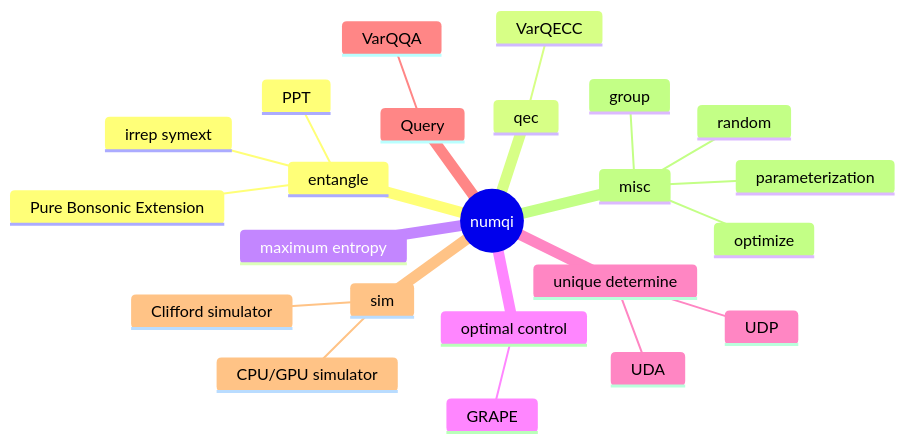
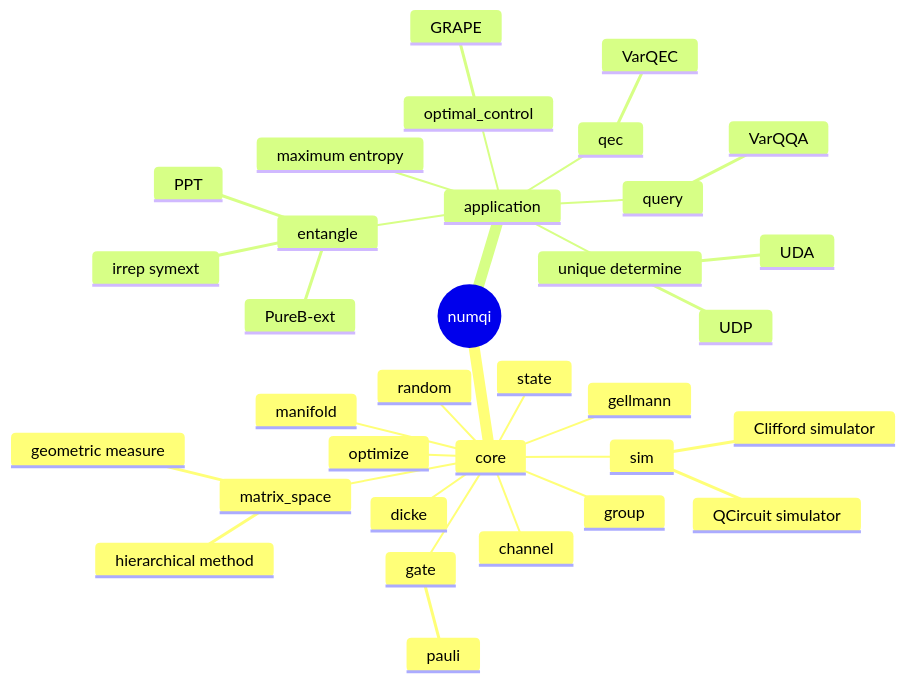
The first of 2 diagrams in README.md (numqi/numqi), drawn with Mermaid before and after one commit. The commit also changed other lines of this file and 1 other file, not shown here.

Commit message:
docs/ ignore

````diff
--- a/README.md
+++ b/README.md
@@ -78,26 +78,36 @@
 ```mermaid
 mindmap
    root((numqi))
-      entangle
-         Pure Bonsonic Extension
-         irrep symext
-         PPT
-      qec
-         VarQECC
-      maximum entropy
-      optimal control
-         GRAPE
-      unique determine
-         UDA
-         UDP
-      Query
-         VarQQA
-      sim
-         CPU/GPU simulator
-         Clifford simulator
-      misc
-         parameterization
+      core
+         manifold
          random
          optimize
+         state
+         gate
+            pauli
+         sim
+            QCircuit simulator
+            Clifford simulator
+         dicke
+         gellmann
+         channel
+         matrix_space
+            geometric measure
+            hierarchical method
          group
+      application
+         entangle
+            PureB-ext
+            irrep symext
+            PPT
+         qec
+            VarQEC
+         maximum entropy
+         unique determine
+            UDA
+            UDP
+         query
+            VarQQA
+         optimal_control
+            GRAPE
 ```
````
